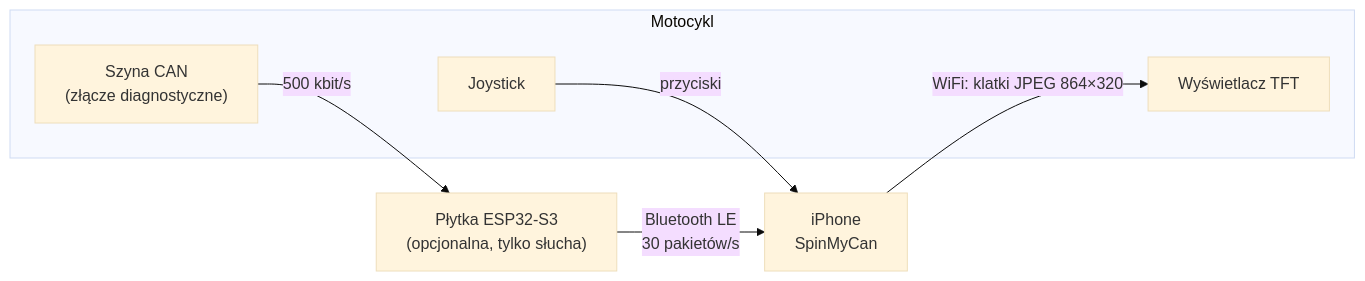
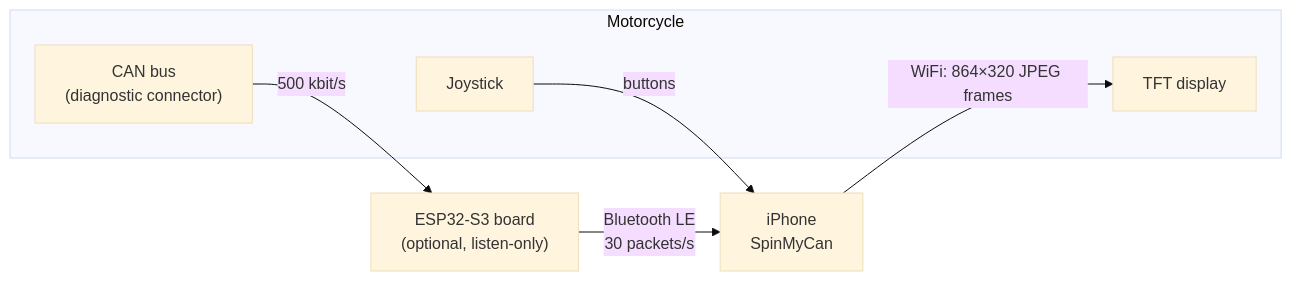
One commit to Mikomaks/SpinMyCan changed the diagram in README.md. Above: the diagram before and after it, drawn with Mermaid (base theme). The commit also changed other lines of this file and 3 other files, not shown here.

````diff
--- a/README.md
+++ b/README.md
@@ -96,14 +95,14 @@
 ```mermaid
 flowchart LR
-    subgraph Motocykl
-        CAN["Szyna CAN<br/>(złącze diagnostyczne)"]
-        TFT["Wyświetlacz TFT"]
+    subgraph Motorcycle
+        CAN["CAN bus<br/>(diagnostic connector)"]
+        TFT["TFT display"]
         JOY["Joystick"]
     end
-    BOARD["Płytka ESP32-S3<br/>(opcjonalna, tylko słucha)"]
+    BOARD["ESP32-S3 board<br/>(optional, listen-only)"]
     PHONE["iPhone<br/>SpinMyCan"]
     CAN -- "500 kbit/s" --> BOARD
-    BOARD -- "Bluetooth LE<br/>30 pakietów/s" --> PHONE
-    PHONE -- "WiFi: klatki JPEG 864×320" --> TFT
-    JOY -- "przyciski" --> PHONE
+    BOARD -- "Bluetooth LE<br/>30 packets/s" --> PHONE
+    PHONE -- "WiFi: 864×320 JPEG frames" --> TFT
+    JOY -- "buttons" --> PHONE
 ```
````
